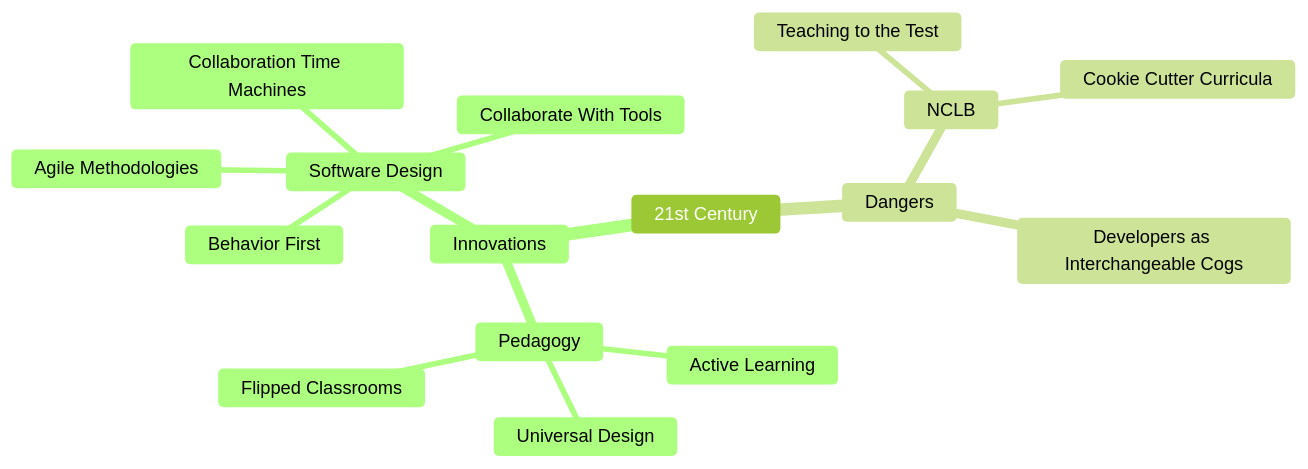
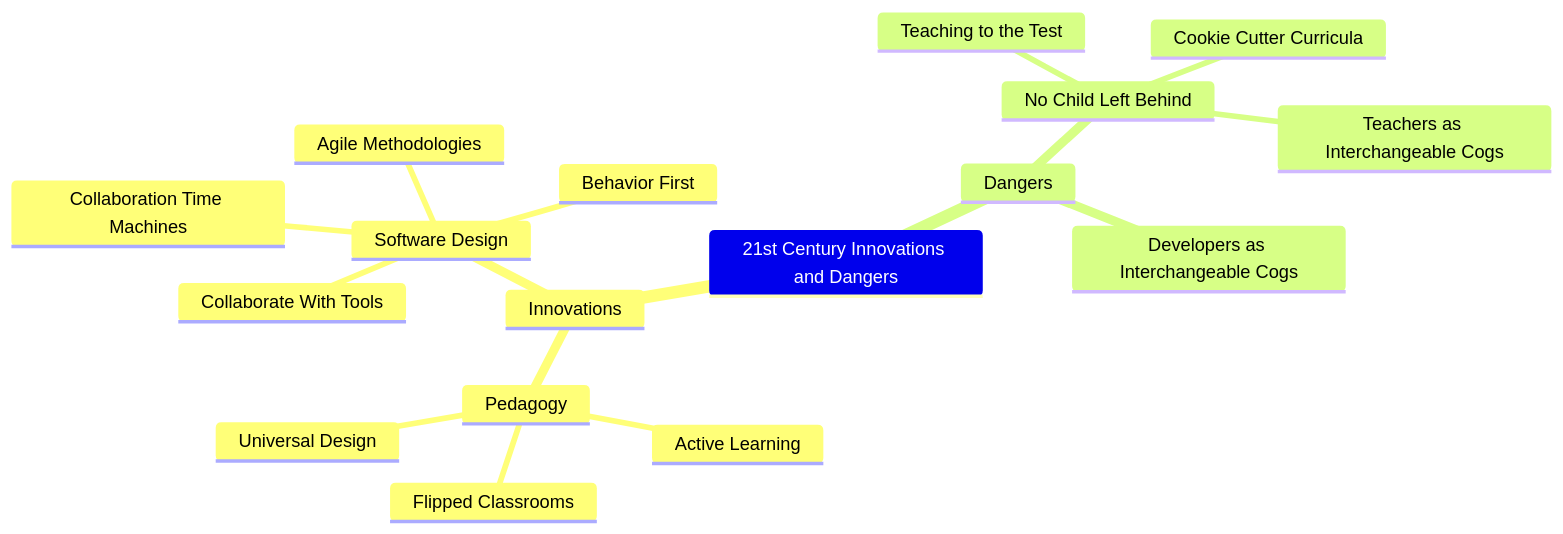
One commit to marshallflax/vision changed the first of 2 diagrams in README.md. Above: the diagram before and after it, drawn with Mermaid. The commit also changed other lines of this file, not shown here.

````diff
--- a/README.md
+++ b/README.md
@@ -3,21 +5,20 @@
 ```mermaid
-%%{init: {'theme':'forest'}}%%
-
 mindmap
- 21st Century
+ 21st Century Innovations and Dangers
   Innovations
    Pedagogy
     Active Learning
     Flipped Classrooms
     Universal Design
    Software Design
     Agile Methodologies
     Collaboration Time Machines
     Behavior First
     Collaborate With Tools
   Dangers
-   NCLB
+   No Child Left Behind
     Teaching to the Test
     Cookie Cutter Curricula 
+    Teachers as Interchangeable Cogs
    Developers as Interchangeable Cogs
 ```
````
